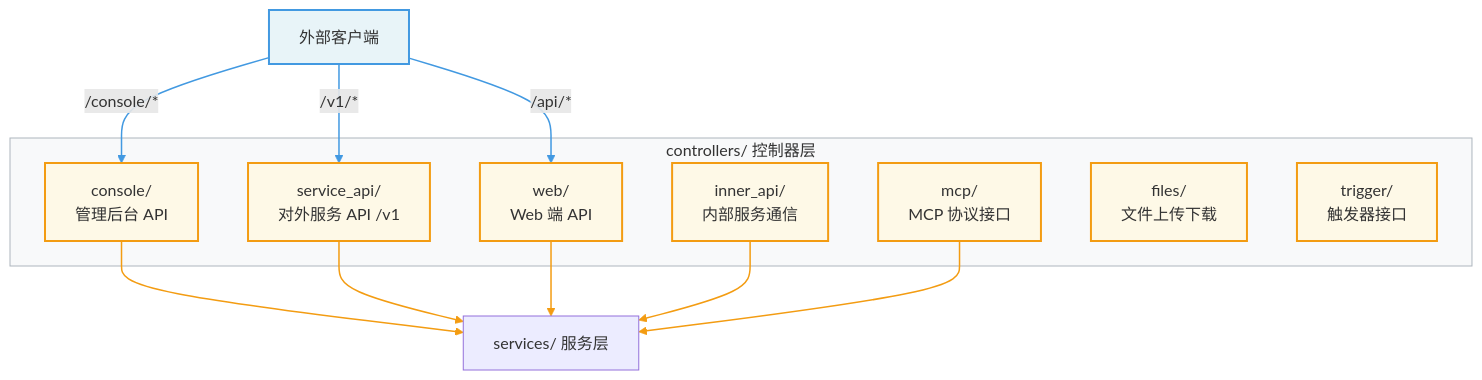
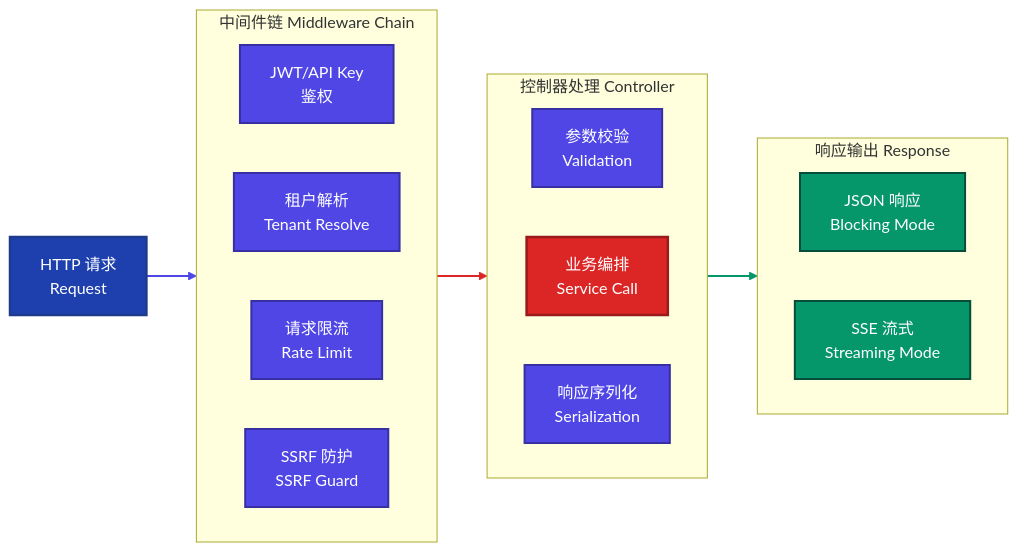
One commit to amuqiao/AI-Engineering-Knowledge-Base changed the third of 16 diagrams in 2.AI 工程/Dify/Dify架构分析文档.md. Above: the diagram before and after it, drawn with Mermaid. The commit also changed other lines of this file and 22 other files, not shown here.

````diff
--- a/2.AI 工程/Dify/Dify架构分析文档.md
+++ b/2.AI 工程/Dify/Dify架构分析文档.md
@@ -197,31 +254,45 @@
 ```mermaid
-flowchart TB
-    classDef clientStyle fill:#e8f4f8,stroke:#4299e1,stroke-width:2px
-    classDef controllerStyle fill:#fef9e7,stroke:#f39c12,stroke-width:2px
-    classDef subgraphStyle fill:#f8f9fa,stroke:#adb5bd,stroke-width:1px
+flowchart LR
+    %% ── 配色定义 ──────────────────────────────────────────────
+    classDef userStyle     fill:#1e40af,stroke:#1e3a8a,stroke-width:2.5px,color:#fff
+    classDef routeStyle    fill:#4f46e5,stroke:#3730a3,stroke-width:2px,color:#fff
+    classDef coreStyle     fill:#dc2626,stroke:#991b1b,stroke-width:2.5px,color:#fff
+    classDef storeStyle    fill:#059669,stroke:#064e3b,stroke-width:2px,color:#fff
+    classDef dbStyle       fill:#374151,stroke:#111827,stroke-width:2px,color:#fff
+    classDef layerStyle    fill:#f8fafc,stroke:#cbd5e0,stroke-width:1.5px
 
-    Client["外部客户端"]:::clientStyle
+    REQ["HTTP 请求<br>Request"]:::userStyle
 
-    subgraph controllers["controllers/ 控制器层"]
-        CA[console/<br/>管理后台 API]:::controllerStyle
-        CB[service_api/<br/>对外服务 API /v1]:::controllerStyle
-        CC[web/<br/>Web 端 API]:::controllerStyle
-        CD[inner_api/<br/>内部服务通信]:::controllerStyle
-        CE[mcp/<br/>MCP 协议接口]:::controllerStyle
-        CF[files/<br/>文件上传下载]:::controllerStyle
-        CG[trigger/<br/>触发器接口]:::controllerStyle
+    subgraph Middleware["中间件链 Middleware Chain"]
+        direction LR
+        M1["JWT/API Key<br>鉴权"]:::routeStyle
+        M2["租户解析<br>Tenant Resolve"]:::routeStyle
+        M3["请求限流<br>Rate Limit"]:::routeStyle
+        M4["SSRF 防护<br>SSRF Guard"]:::routeStyle
     end
-    class controllers subgraphStyle
+    class Middleware layerStyle
 
-    Client -->|"/console/*"| CA
-    Client -->|"/v1/*"| CB
-    Client -->|"/api/*"| CC
-    CA --> Services["services/ 服务层"]
-    CB --> Services
-    CC --> Services
-    CD --> Services
-    CE --> Services
+    subgraph Handler["控制器处理 Controller"]
+        direction LR
+        H1["参数校验<br>Validation"]:::routeStyle
+        H2["业务编排<br>Service Call"]:::coreStyle
+        H3["响应序列化<br>Serialization"]:::routeStyle
+    end
+    class Handler layerStyle
 
-    linkStyle 0,1,2 stroke:#4299e1,stroke-width:1.5px
-    linkStyle 3,4,5,6,7 stroke:#f39c12,stroke-width:1.5px
+    subgraph Output["响应输出 Response"]
+        direction LR
+        O1["JSON 响应<br>Blocking Mode"]:::storeStyle
+        O2["SSE 流式<br>Streaming Mode"]:::storeStyle
+    end
+    class Output layerStyle
+
+    REQ --> Middleware
+    Middleware --> Handler
+    Handler --> Output
+
+    %% 边索引：0-1，共 2 条
+    linkStyle 0 stroke:#4f46e5,stroke-width:2px
+    linkStyle 1 stroke:#dc2626,stroke-width:2px
+    linkStyle 2 stroke:#059669,stroke-width:2px
 ```
````
